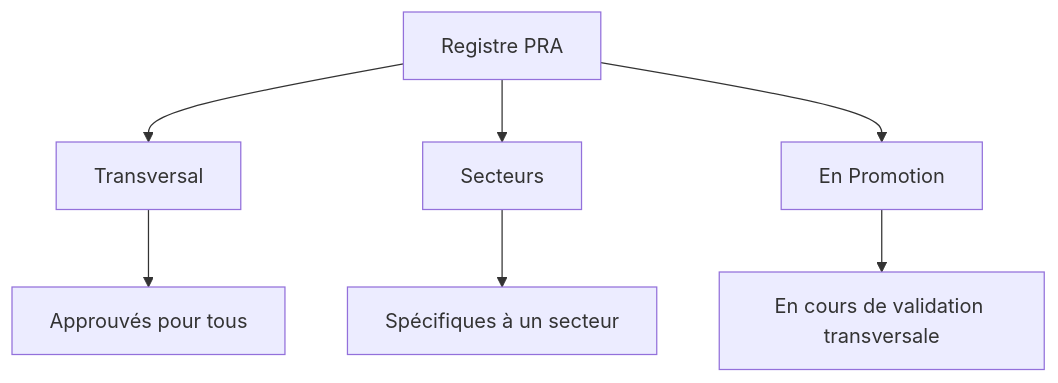
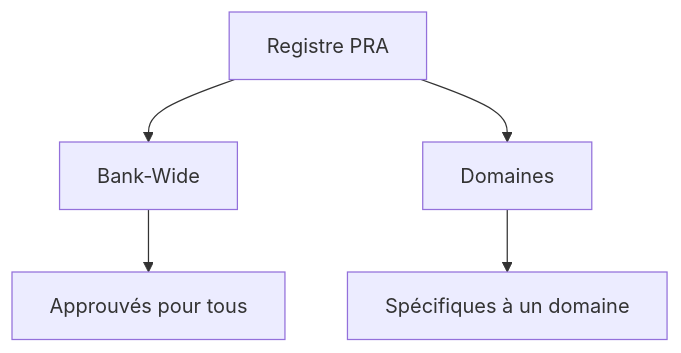
The first of 3 diagrams in site/content/fr/guides/01-getting-started.md (KiyaliHQ/proven-reusable-architecture), drawn with Mermaid before and after one commit. The commit also changed other lines of this file and 1 other file, not shown here.

First line of the commit message:
docs: update guides 01-02 (FR) - 2 scopes, en promotion as status

````diff
--- a/site/content/fr/guides/01-getting-started.md
+++ b/site/content/fr/guides/01-getting-started.md
@@ -50,10 +50,8 @@
 ```mermaid
 graph TD
-    A[Registre PRA] --> B[Transversal]
-    A --> C[Secteurs]
-    A --> D[En Promotion]
+    A[Registre PRA] --> B[Bank-Wide]
+    A --> C[Domaines]
 
     B --> B1[Approuvés pour tous]
-    C --> C1[Spécifiques à un secteur]
-    D --> D1[En cours de validation transversale]
+    C --> C1[Spécifiques à un domaine]
 ```
````
